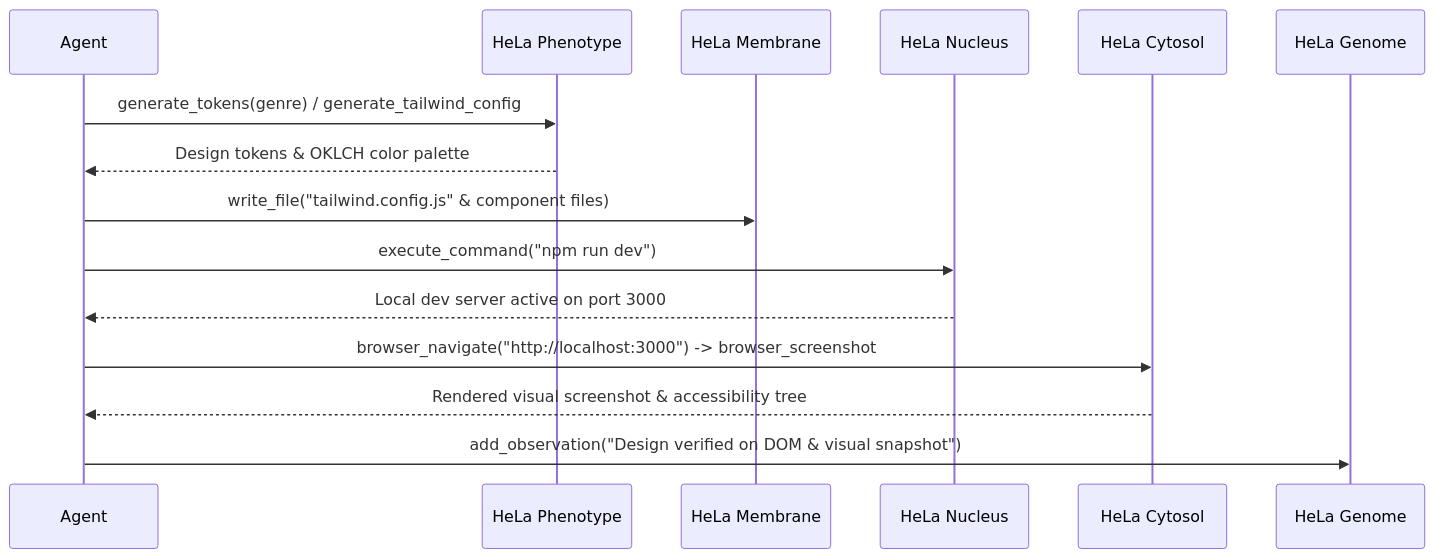
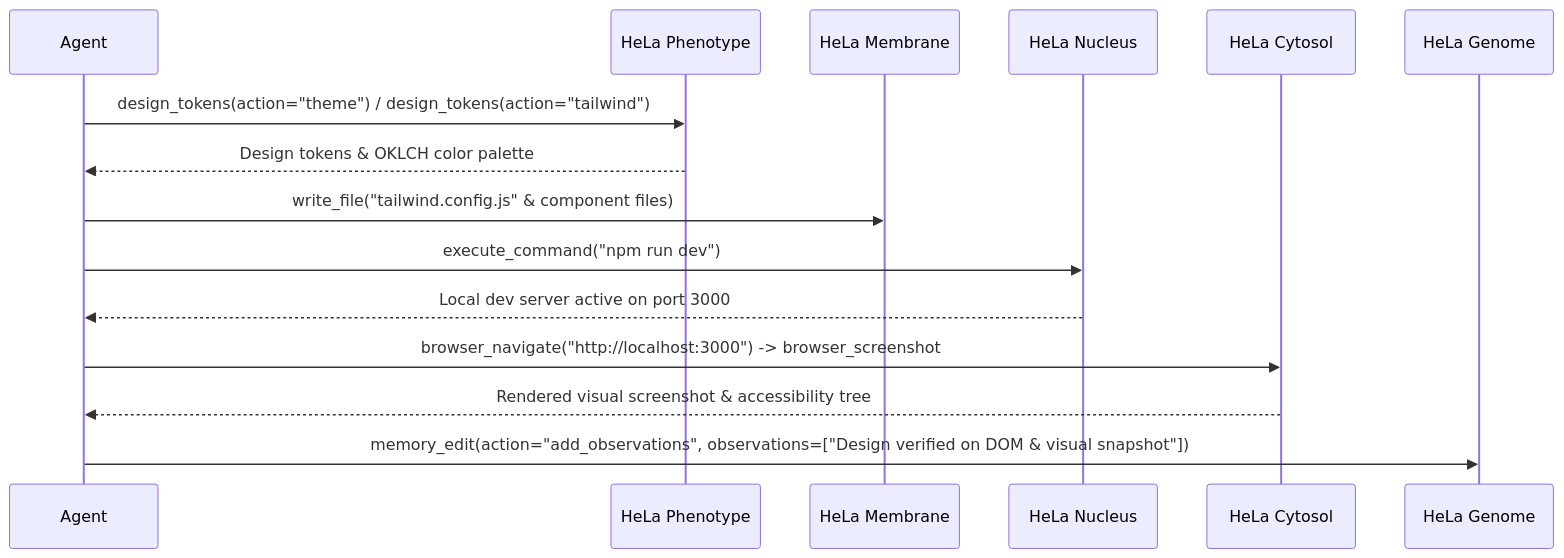
One commit to 1999AZZAR/hela-mcp-ecosystem changed the fourth of 7 diagrams in docs/workflows.md. Above: the diagram before and after it, drawn with Mermaid. The commit also changed other lines of this file and 25 other files, not shown here.

````diff
--- a/docs/workflows.md
+++ b/docs/workflows.md
@@ -109,18 +109,18 @@
 ```mermaid
 sequenceDiagram
     participant Agent
     participant Phenotype as HeLa Phenotype
     participant Membrane as HeLa Membrane
     participant Nucleus as HeLa Nucleus
     participant Cytosol as HeLa Cytosol
     participant Genome as HeLa Genome
 
-    Agent->>Phenotype: generate_tokens(genre) / generate_tailwind_config
+    Agent->>Phenotype: design_tokens(action="theme") / design_tokens(action="tailwind")
     Phenotype-->>Agent: Design tokens & OKLCH color palette
     Agent->>Membrane: write_file("tailwind.config.js" & component files)
     Agent->>Nucleus: execute_command("npm run dev")
     Nucleus-->>Agent: Local dev server active on port 3000
     Agent->>Cytosol: browser_navigate("http://localhost:3000") -> browser_screenshot
     Cytosol-->>Agent: Rendered visual screenshot & accessibility tree
-    Agent->>Genome: add_observation("Design verified on DOM & visual snapshot")
+    Agent->>Genome: memory_edit(action="add_observations", observations=["Design verified on DOM & visual snapshot"])
 ```
````
